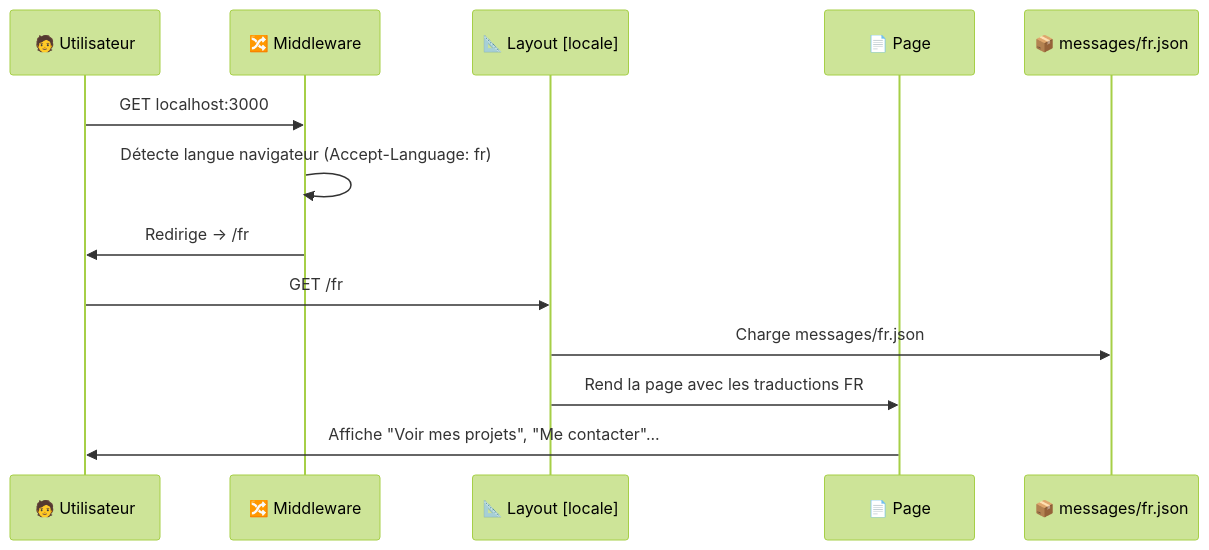
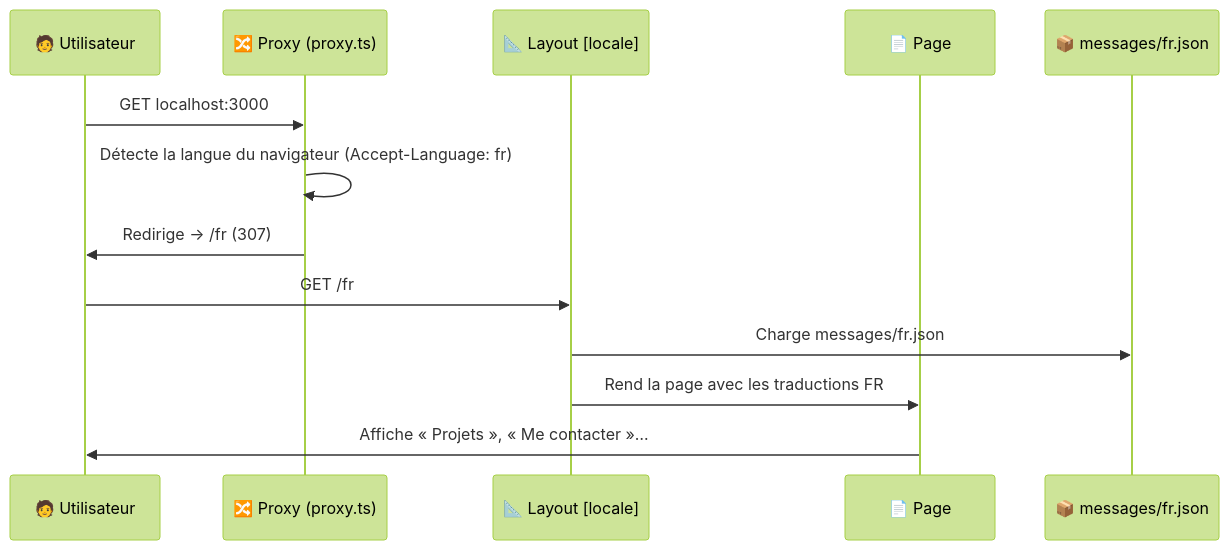
One commit to J-kalvin007/portofolio_kalvin_2026 changed the first of 2 diagrams in i18n_walkthrough.md. Above: the diagram before and after it, drawn with Mermaid (forest theme). The commit also changed other lines of this file and 1 other file, not shown here.

````diff
--- a/i18n_walkthrough.md
+++ b/i18n_walkthrough.md
@@ -7,16 +10,16 @@
 ```mermaid
 sequenceDiagram
     participant U as 🧑 Utilisateur
-    participant M as 🔀 Middleware
+    participant X as 🔀 Proxy (proxy.ts)
     participant L as 📐 Layout [locale]
     participant P as 📄 Page
     participant J as 📦 messages/fr.json
 
-    U->>M: GET localhost:3000
-    M->>M: Détecte langue navigateur (Accept-Language: fr)
-    M->>U: Redirige → /fr
+    U->>X: GET localhost:3000
+    X->>X: Détecte la langue du navigateur (Accept-Language: fr)
+    X->>U: Redirige → /fr (307)
     U->>L: GET /fr
     L->>J: Charge messages/fr.json
     L->>P: Rend la page avec les traductions FR
-    P->>U: Affiche "Voir mes projets", "Me contacter"...
+    P->>U: Affiche « Projets », « Me contacter »…
 ```
````
